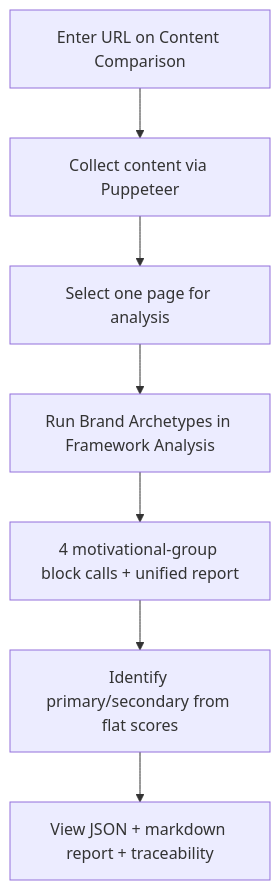
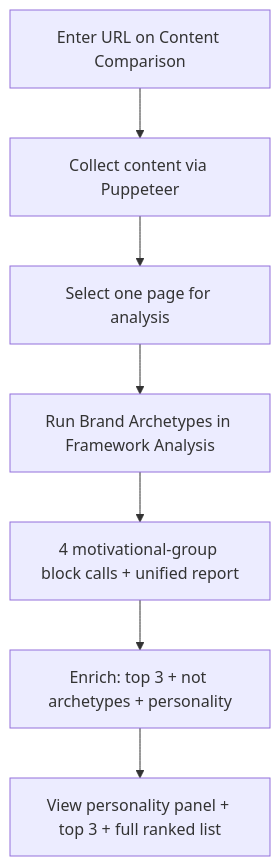
One commit to ShayneIsMagic/zero-barriers-growth-accelerator-2.0 changed the first of 2 diagrams in docs/guides/BRAND_ARCHETYPES_ASSESSMENT_GUIDE.md. Above: the diagram before and after it, drawn with Mermaid. The commit also changed other lines of this file and 97 other files, not shown here.

````diff
--- a/docs/guides/BRAND_ARCHETYPES_ASSESSMENT_GUIDE.md
+++ b/docs/guides/BRAND_ARCHETYPES_ASSESSMENT_GUIDE.md
@@ -348,9 +361,9 @@
 ```mermaid
 flowchart TD
     A[Enter URL on Content Comparison] --> B[Collect content via Puppeteer]
     B --> C[Select one page for analysis]
     C --> D[Run Brand Archetypes in Framework Analysis]
     D --> E[4 motivational-group block calls + unified report]
-    E --> F[Identify primary/secondary from flat scores]
-    F --> G[View JSON + markdown report + traceability]
+    E --> F[Enrich: top 3 + not archetypes + personality]
+    F --> G[View personality panel + top 3 + full ranked list]
 ```
````
